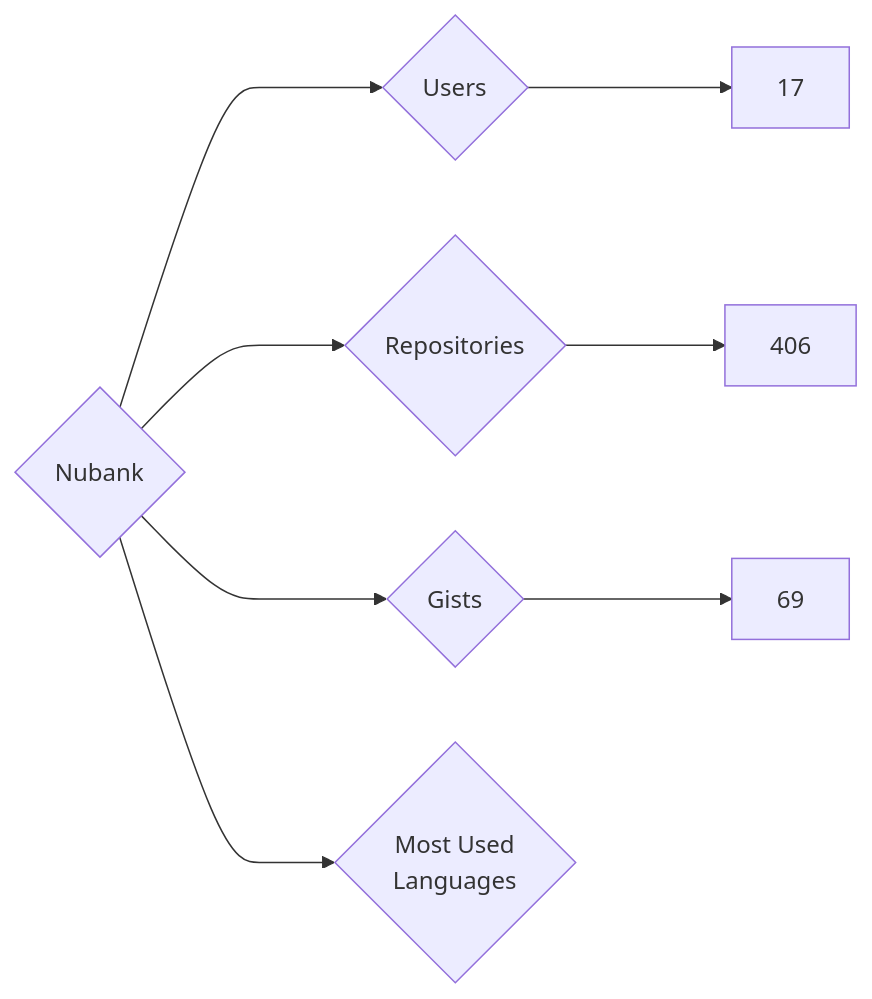
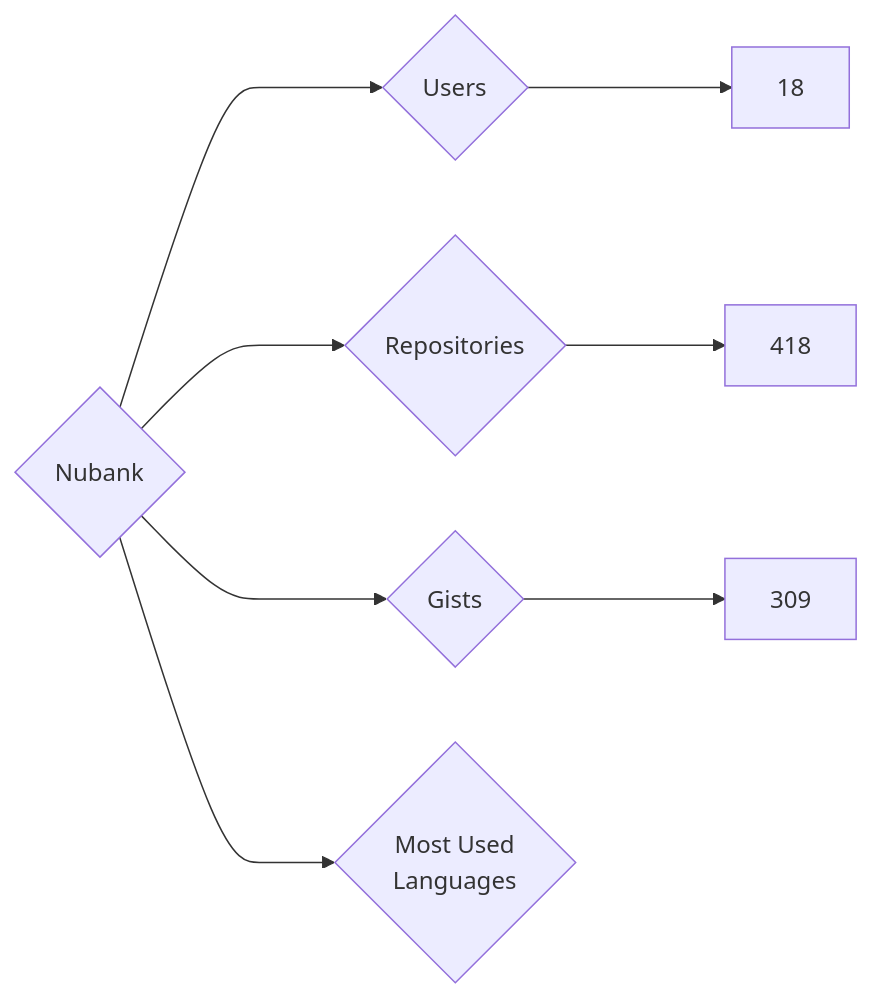
Before and after one commit to nenadzaric/insiders: the diagram in targets/Nubank/README.md, drawn with Mermaid. The commit also changed 1342 other files, not shown here.

````diff
--- a/targets/Nubank/README.md
+++ b/targets/Nubank/README.md
@@ -3,8 +3,8 @@
 ```mermaid
 graph LR
 COMPANY_NAME{Nubank}
-COMPANY_NAME ---> U{Users} ---> UN[17]
-COMPANY_NAME ---> R{Repositories} ---> RN[406]
-COMPANY_NAME ---> G{Gists} ---> GN[69]
+COMPANY_NAME ---> U{Users} ---> UN[18]
+COMPANY_NAME ---> R{Repositories} ---> RN[418]
+COMPANY_NAME ---> G{Gists} ---> GN[309]
 COMPANY_NAME ---> ML{Most Used<br>Languages}
 ```
````
